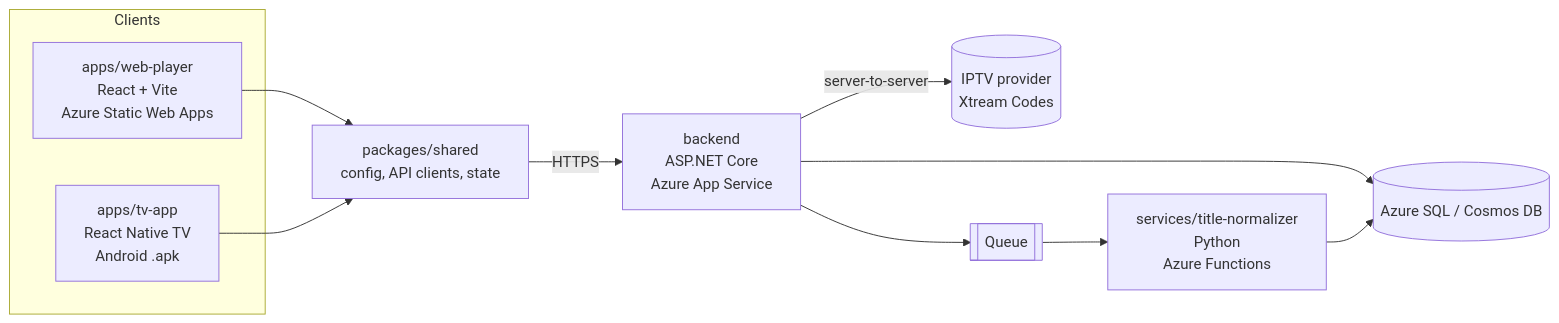
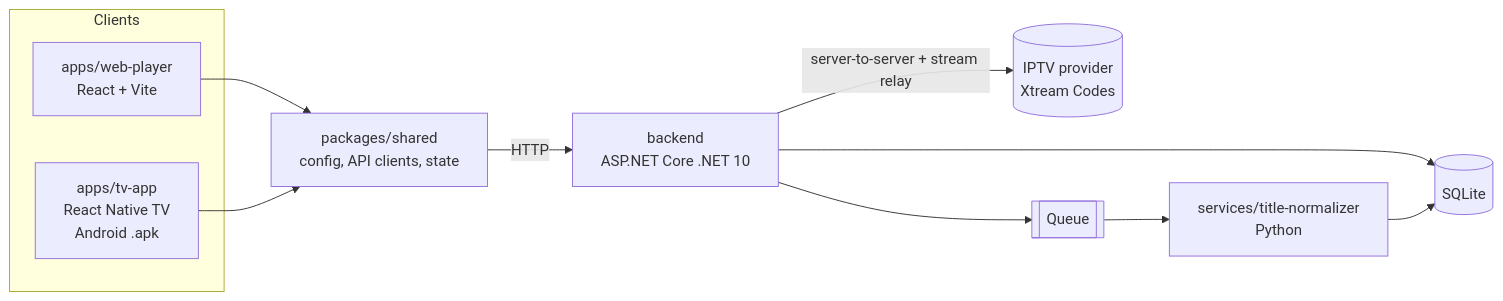
Before and after one commit to brunoccst/iptv-player: the diagram in README.md, drawn with Mermaid. The commit also changed other lines of this file and 80 other files, not shown here.

First line of the commit message:
Backend: .NET 10, IMediaProvider, Xtream Codes provider, auth proxy, profiles, stream relay

````diff
--- a/README.md
+++ b/README.md
@@ -8,20 +8,20 @@
 ```mermaid
 flowchart LR
   subgraph Clients
-    WEB[apps/web-player<br/>React + Vite<br/>Azure Static Web Apps]
+    WEB[apps/web-player<br/>React + Vite]
     TV[apps/tv-app<br/>React Native TV<br/>Android .apk]
   end
   SHARED[packages/shared<br/>config, API clients, state]
-  API[backend<br/>ASP.NET Core<br/>Azure App Service]
-  PY[services/title-normalizer<br/>Python<br/>Azure Functions]
+  API[backend<br/>ASP.NET Core .NET 10]
+  PY[services/title-normalizer<br/>Python]
   IPTV[(IPTV provider<br/>Xtream Codes)]
-  DB[(Azure SQL / Cosmos DB)]
+  DB[(SQLite)]
   Q[[Queue]]
 
   WEB --> SHARED
   TV --> SHARED
-  SHARED -->|HTTPS| API
-  API -->|server-to-server| IPTV
+  SHARED -->|HTTP| API
+  API -->|server-to-server + stream relay| IPTV
   API --> DB
   API --> Q --> PY --> DB
 ```
````
